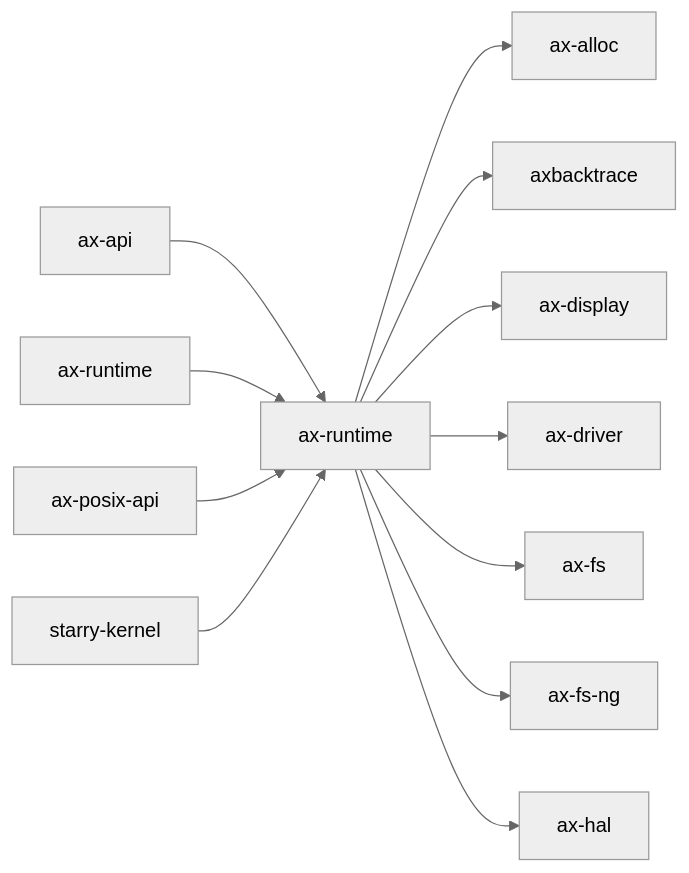
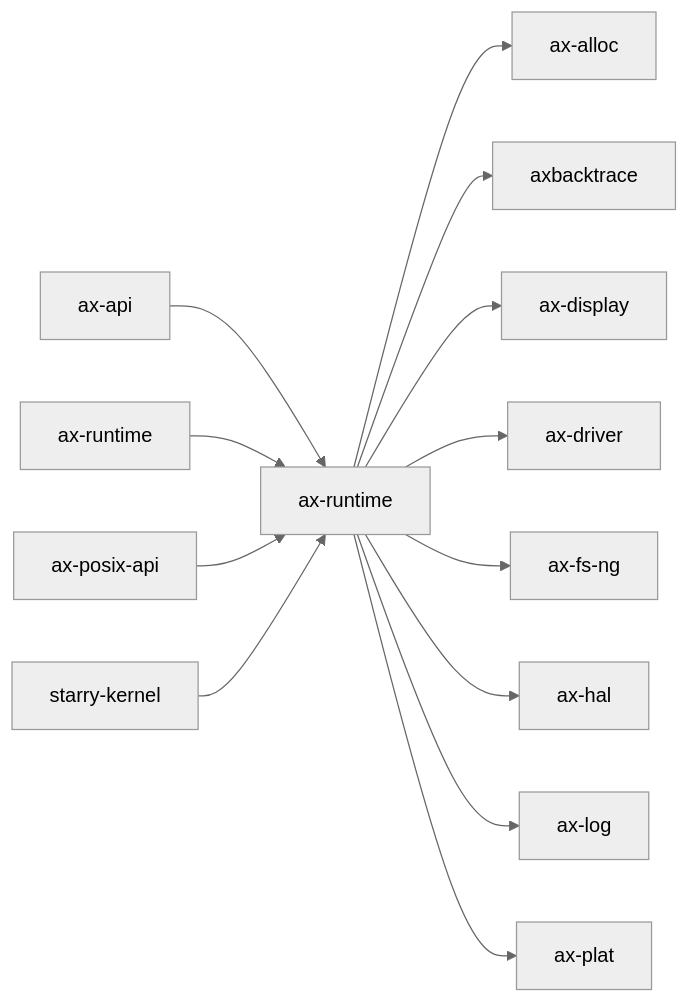
Before and after one commit to rcore-os/tgoskits: the diagram in docs/docs/components/crates/ax-runtime.md, drawn with Mermaid (neutral theme). The commit also changed other lines of this file and 386 other files, not shown here.

````diff
--- a/docs/docs/components/crates/ax-runtime.md
+++ b/docs/docs/components/crates/ax-runtime.md
@@ -33,15 +33,16 @@
 ```mermaid
 graph LR
     current["ax-runtime"]
     current --> ax-alloc["ax-alloc"]
     current --> axbacktrace["axbacktrace"]
     current --> ax-display["ax-display"]
     current --> ax-driver["ax-driver"]
-    current --> ax-fs["ax-fs"]
     current --> axfs_ng["ax-fs-ng"]
     current --> ax-hal["ax-hal"]
+    current --> ax_log["ax-log"]
+    current --> ax_plat["ax-plat"]
     ax_api["ax-api"] --> current
     arceos_feature["ax-runtime"] --> current
     ax_posix_api["ax-posix-api"] --> current
     starry_kernel["starry-kernel"] --> current
 ```
````
